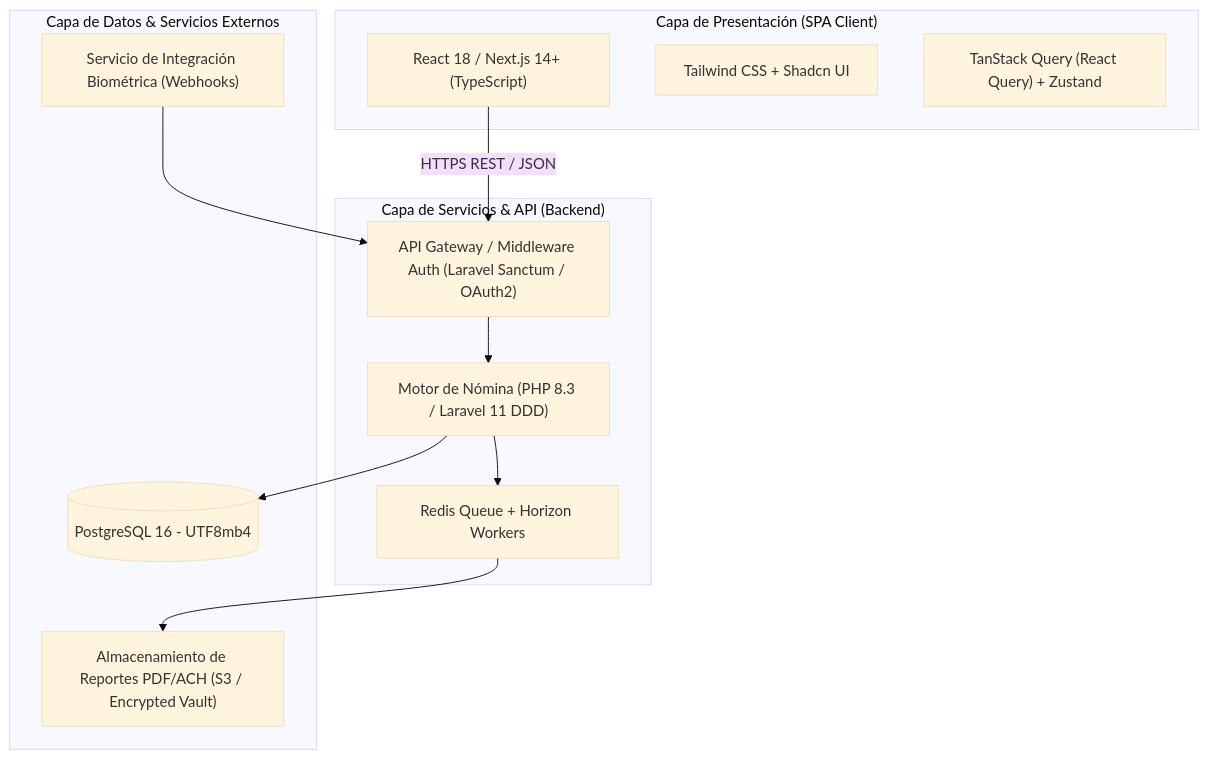
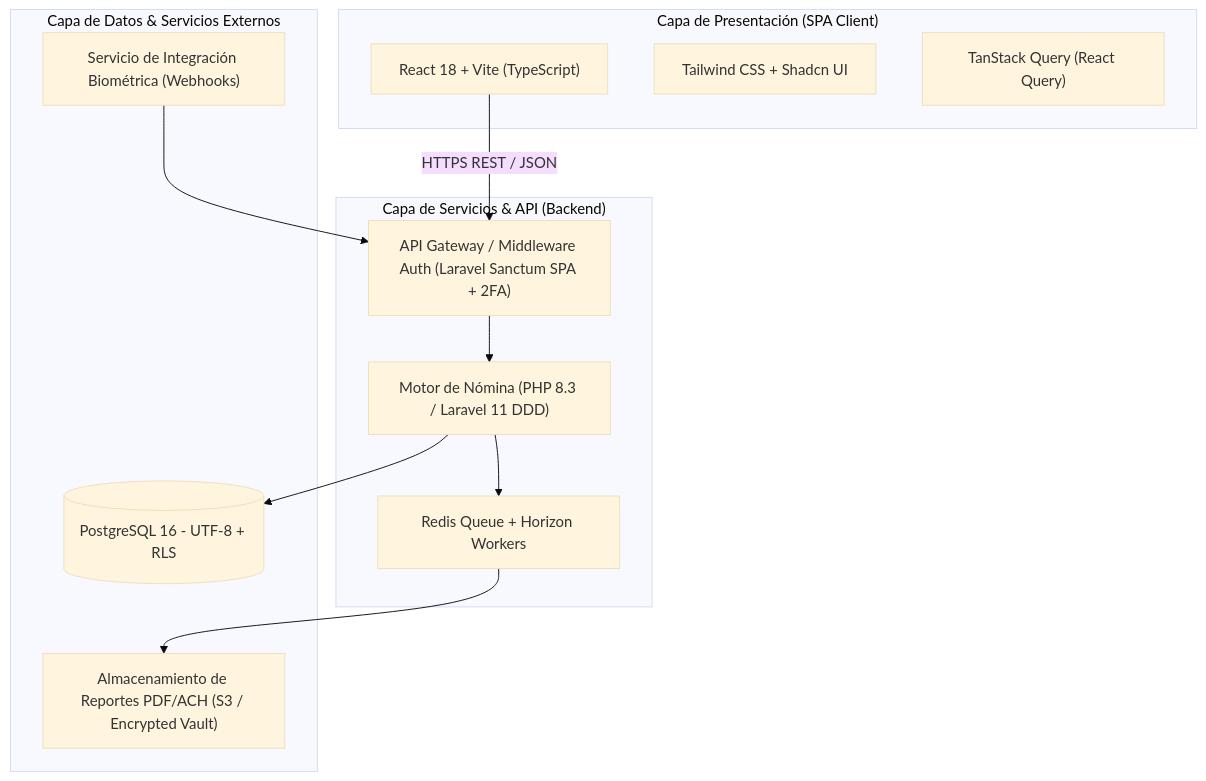
The first of 5 diagrams in docs/nomix/01_propuesta_mejora_planifacil.md (ba2sai/nomix), drawn with Mermaid (base theme) before and after one commit. The commit also changed other lines of this file and 2 other files, not shown here.

First line of the commit message:
docs(nomix): Close stack decisions and mark specs as ACCEPTED

````diff
--- a/docs/nomix/01_propuesta_mejora_planifacil.md
+++ b/docs/nomix/01_propuesta_mejora_planifacil.md
@@ -29,27 +29,27 @@
 ```mermaid
 graph TD
     subgraph Frontend ["Capa de Presentación (SPA Client)"]
-        SPA["React 18 / Next.js 14+ (TypeScript)"]
+        SPA["React 18 + Vite (TypeScript)"]
         UI["Tailwind CSS + Shadcn UI"]
-        STATE["TanStack Query (React Query) + Zustand"]
+        STATE["TanStack Query (React Query)"]
     end
 
     subgraph API ["Capa de Servicios & API (Backend)"]
-        GATEWAY["API Gateway / Middleware Auth (Laravel Sanctum / OAuth2)"]
+        GATEWAY["API Gateway / Middleware Auth (Laravel Sanctum SPA + 2FA)"]
         PE["Motor de Nómina (PHP 8.3 / Laravel 11 DDD)"]
         QUEUE["Redis Queue + Horizon Workers"]
     end
 
     subgraph Data ["Capa de Datos & Servicios Externos"]
-        DB[(PostgreSQL 16 - UTF8mb4)]
+        DB[(PostgreSQL 16 - UTF-8 + RLS)]
         S3["Almacenamiento de Reportes PDF/ACH (S3 / Encrypted Vault)"]
         BIO["Servicio de Integración Biométrica (Webhooks)"]
     end
 
     SPA -->|HTTPS REST / JSON| GATEWAY
     GATEWAY --> PE
     PE --> DB
     PE --> QUEUE
     QUEUE --> S3
     BIO --> GATEWAY
 ```
````
